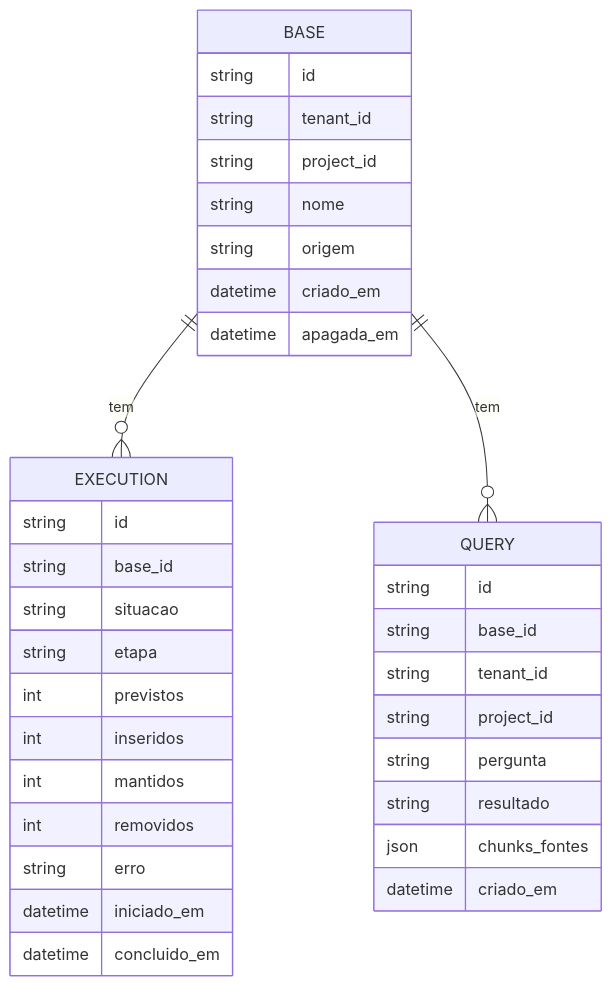
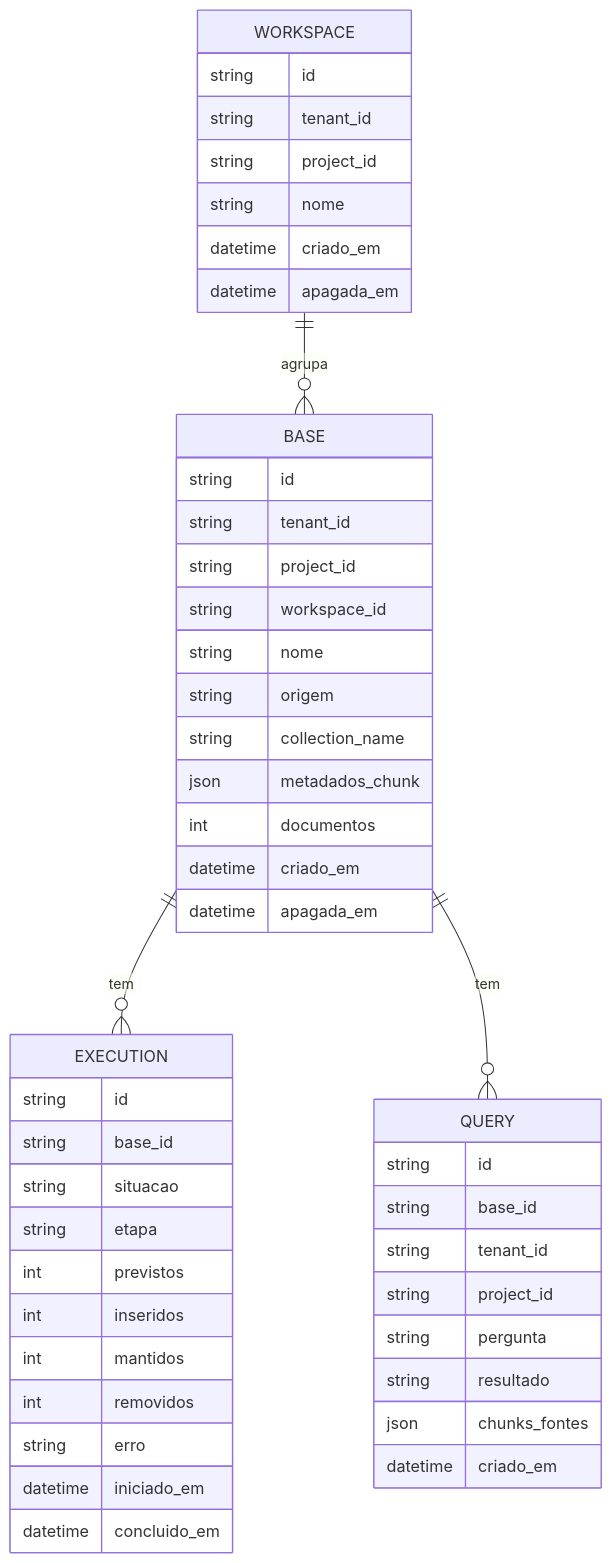
Before and after one commit to marciohernandez/rag-pipeline: the third of 3 diagrams in docs/database.md, drawn with Mermaid. The commit also changed other lines of this file and 61 other files, not shown here.

````diff
--- a/docs/database.md
+++ b/docs/database.md
@@ -65,38 +65,51 @@
 ```mermaid
 erDiagram
+  WORKSPACE ||--o{ BASE : agrupa
   BASE ||--o{ EXECUTION : tem
   BASE ||--o{ QUERY : tem
 
+  WORKSPACE {
+    string id
+    string tenant_id
+    string project_id
+    string nome
+    datetime criado_em
+    datetime apagada_em
+  }
   BASE {
     string id
     string tenant_id
     string project_id
+    string workspace_id
     string nome
     string origem
+    string collection_name
+    json metadados_chunk
+    int documentos
     datetime criado_em
     datetime apagada_em
   }
   EXECUTION {
     string id
     string base_id
     string situacao
     string etapa
     int previstos
     int inseridos
     int mantidos
     int removidos
     string erro
     datetime iniciado_em
     datetime concluido_em
   }
   QUERY {
     string id
     string base_id
     string tenant_id
     string project_id
     string pergunta
     string resultado
     json chunks_fontes
     datetime criado_em
   }
 ```
````
